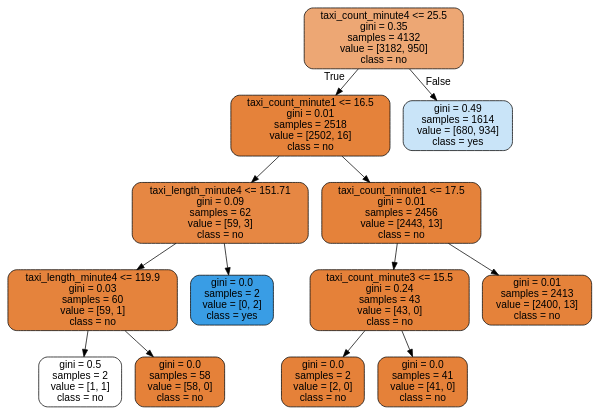
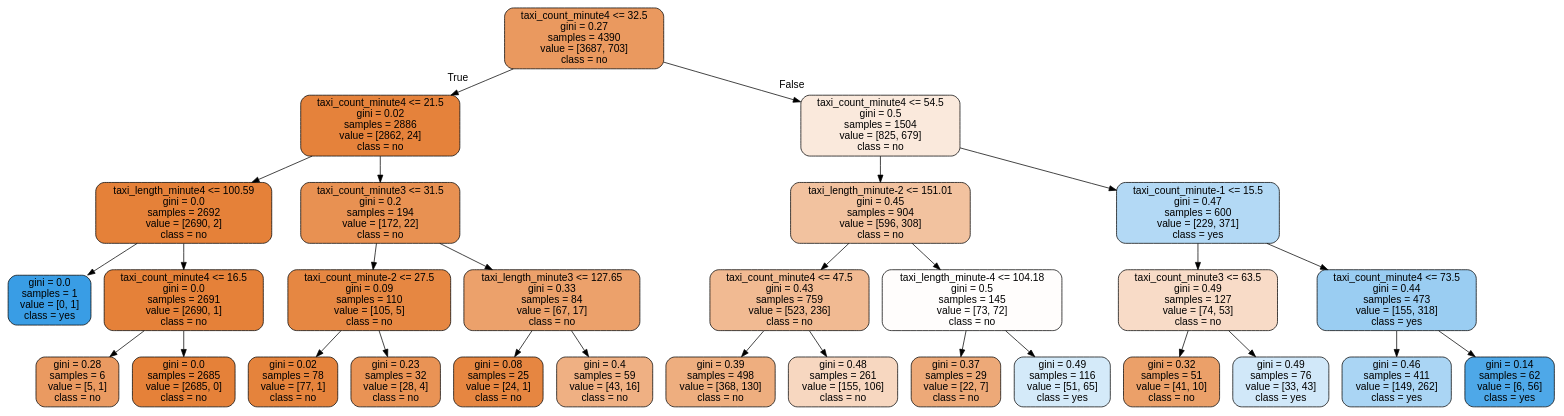
Before and after one commit to DungDinhDungDinh/capstone_project: the diagram in t2_heavy_congestion.dot, drawn with Graphviz. The commit also changed 550 other files, not shown here.

```diff
--- a/t2_heavy_congestion.dot
+++ b/t2_heavy_congestion.dot
@@ -1,29 +1,61 @@
 digraph Tree {
 node [shape=box, style="filled, rounded", color="black", fontname="helvetica"] ;
 edge [fontname="helvetica"] ;
-0 [label="taxi_count_minute4 <= 25.5\ngini = 0.35\nsamples = 4132\nvalue = [3182, 950]\nclass = no", fillcolor="#eda774"] ;
-1 [label="taxi_count_minute1 <= 16.5\ngini = 0.01\nsamples = 2518\nvalue = [2502, 16]\nclass = no", fillcolor="#e5823a"] ;
+0 [label="taxi_count_minute4 <= 32.5\ngini = 0.27\nsamples = 4390\nvalue = [3687, 703]\nclass = no", fillcolor="#ea995f"] ;
+1 [label="taxi_count_minute4 <= 21.5\ngini = 0.02\nsamples = 2886\nvalue = [2862, 24]\nclass = no", fillcolor="#e5823b"] ;
 0 -> 1 [labeldistance=2.5, labelangle=45, headlabel="True"] ;
-2 [label="taxi_length_minute4 <= 151.71\ngini = 0.09\nsamples = 62\nvalue = [59, 3]\nclass = no", fillcolor="#e68743"] ;
+2 [label="taxi_length_minute4 <= 100.59\ngini = 0.0\nsamples = 2692\nvalue = [2690, 2]\nclass = no", fillcolor="#e58139"] ;
 1 -> 2 ;
-3 [label="taxi_length_minute4 <= 119.9\ngini = 0.03\nsamples = 60\nvalue = [59, 1]\nclass = no", fillcolor="#e5833c"] ;
+3 [label="gini = 0.0\nsamples = 1\nvalue = [0, 1]\nclass = yes", fillcolor="#399de5"] ;
 2 -> 3 ;
-4 [label="gini = 0.5\nsamples = 2\nvalue = [1, 1]\nclass = no", fillcolor="#ffffff"] ;
-3 -> 4 ;
-5 [label="gini = 0.0\nsamples = 58\nvalue = [58, 0]\nclass = no", fillcolor="#e58139"] ;
-3 -> 5 ;
-6 [label="gini = 0.0\nsamples = 2\nvalue = [0, 2]\nclass = yes", fillcolor="#399de5"] ;
-2 -> 6 ;
-7 [label="taxi_count_minute1 <= 17.5\ngini = 0.01\nsamples = 2456\nvalue = [2443, 13]\nclass = no", fillcolor="#e5823a"] ;
+4 [label="taxi_count_minute4 <= 16.5\ngini = 0.0\nsamples = 2691\nvalue = [2690, 1]\nclass = no", fillcolor="#e58139"] ;
+2 -> 4 ;
+5 [label="gini = 0.28\nsamples = 6\nvalue = [5, 1]\nclass = no", fillcolor="#ea9a61"] ;
+4 -> 5 ;
+6 [label="gini = 0.0\nsamples = 2685\nvalue = [2685, 0]\nclass = no", fillcolor="#e58139"] ;
+4 -> 6 ;
+7 [label="taxi_count_minute3 <= 31.5\ngini = 0.2\nsamples = 194\nvalue = [172, 22]\nclass = no", fillcolor="#e89152"] ;
 1 -> 7 ;
-8 [label="taxi_count_minute3 <= 15.5\ngini = 0.24\nsamples = 43\nvalue = [43, 0]\nclass = no", fillcolor="#e58139"] ;
+8 [label="taxi_count_minute-2 <= 27.5\ngini = 0.09\nsamples = 110\nvalue = [105, 5]\nclass = no", fillcolor="#e68742"] ;
 7 -> 8 ;
-9 [label="gini = 0.0\nsamples = 2\nvalue = [2, 0]\nclass = no", fillcolor="#e58139"] ;
+9 [label="gini = 0.02\nsamples = 78\nvalue = [77, 1]\nclass = no", fillcolor="#e5833c"] ;
 8 -> 9 ;
-10 [label="gini = 0.0\nsamples = 41\nvalue = [41, 0]\nclass = no", fillcolor="#e58139"] ;
+10 [label="gini = 0.23\nsamples = 32\nvalue = [28, 4]\nclass = no", fillcolor="#e99355"] ;
 8 -> 10 ;
-11 [label="gini = 0.01\nsamples = 2413\nvalue = [2400, 13]\nclass = no", fillcolor="#e5823a"] ;
+11 [label="taxi_length_minute3 <= 127.65\ngini = 0.33\nsamples = 84\nvalue = [67, 17]\nclass = no", fillcolor="#eca16b"] ;
 7 -> 11 ;
-12 [label="gini = 0.49\nsamples = 1614\nvalue = [680, 934]\nclass = yes", fillcolor="#c9e4f8"] ;
-0 -> 12 [labeldistance=2.5, labelangle=-45, headlabel="False"] ;
+12 [label="gini = 0.08\nsamples = 25\nvalue = [24, 1]\nclass = no", fillcolor="#e68641"] ;
+11 -> 12 ;
+13 [label="gini = 0.4\nsamples = 59\nvalue = [43, 16]\nclass = no", fillcolor="#efb083"] ;
+11 -> 13 ;
+14 [label="taxi_count_minute4 <= 54.5\ngini = 0.5\nsamples = 1504\nvalue = [825, 679]\nclass = no", fillcolor="#fae9dc"] ;
+0 -> 14 [labeldistance=2.5, labelangle=-45, headlabel="False"] ;
+15 [label="taxi_length_minute-2 <= 151.01\ngini = 0.45\nsamples = 904\nvalue = [596, 308]\nclass = no", fillcolor="#f2c29f"] ;
+14 -> 15 ;
+16 [label="taxi_count_minute4 <= 47.5\ngini = 0.43\nsamples = 759\nvalue = [523, 236]\nclass = no", fillcolor="#f1ba92"] ;
+15 -> 16 ;
+17 [label="gini = 0.39\nsamples = 498\nvalue = [368, 130]\nclass = no", fillcolor="#eeae7f"] ;
+16 -> 17 ;
+18 [label="gini = 0.48\nsamples = 261\nvalue = [155, 106]\nclass = no", fillcolor="#f7d7c0"] ;
+16 -> 18 ;
+19 [label="taxi_length_minute-4 <= 104.18\ngini = 0.5\nsamples = 145\nvalue = [73, 72]\nclass = no", fillcolor="#fffdfc"] ;
+15 -> 19 ;
+20 [label="gini = 0.37\nsamples = 29\nvalue = [22, 7]\nclass = no", fillcolor="#eda978"] ;
+19 -> 20 ;
+21 [label="gini = 0.49\nsamples = 116\nvalue = [51, 65]\nclass = yes", fillcolor="#d4eaf9"] ;
+19 -> 21 ;
+22 [label="taxi_count_minute-1 <= 15.5\ngini = 0.47\nsamples = 600\nvalue = [229, 371]\nclass = yes", fillcolor="#b3d9f5"] ;
+14 -> 22 ;
+23 [label="taxi_count_minute3 <= 63.5\ngini = 0.49\nsamples = 127\nvalue = [74, 53]\nclass = no", fillcolor="#f8dbc7"] ;
+22 -> 23 ;
+24 [label="gini = 0.32\nsamples = 51\nvalue = [41, 10]\nclass = no", fillcolor="#eba069"] ;
+23 -> 24 ;
+25 [label="gini = 0.49\nsamples = 76\nvalue = [33, 43]\nclass = yes", fillcolor="#d1e8f9"] ;
+23 -> 25 ;
+26 [label="taxi_count_minute4 <= 73.5\ngini = 0.44\nsamples = 473\nvalue = [155, 318]\nclass = yes", fillcolor="#9acdf2"] ;
+22 -> 26 ;
+27 [label="gini = 0.46\nsamples = 411\nvalue = [149, 262]\nclass = yes", fillcolor="#aad5f4"] ;
+26 -> 27 ;
+28 [label="gini = 0.14\nsamples = 62\nvalue = [6, 56]\nclass = yes", fillcolor="#4ea8e8"] ;
+26 -> 28 ;
 }
```
